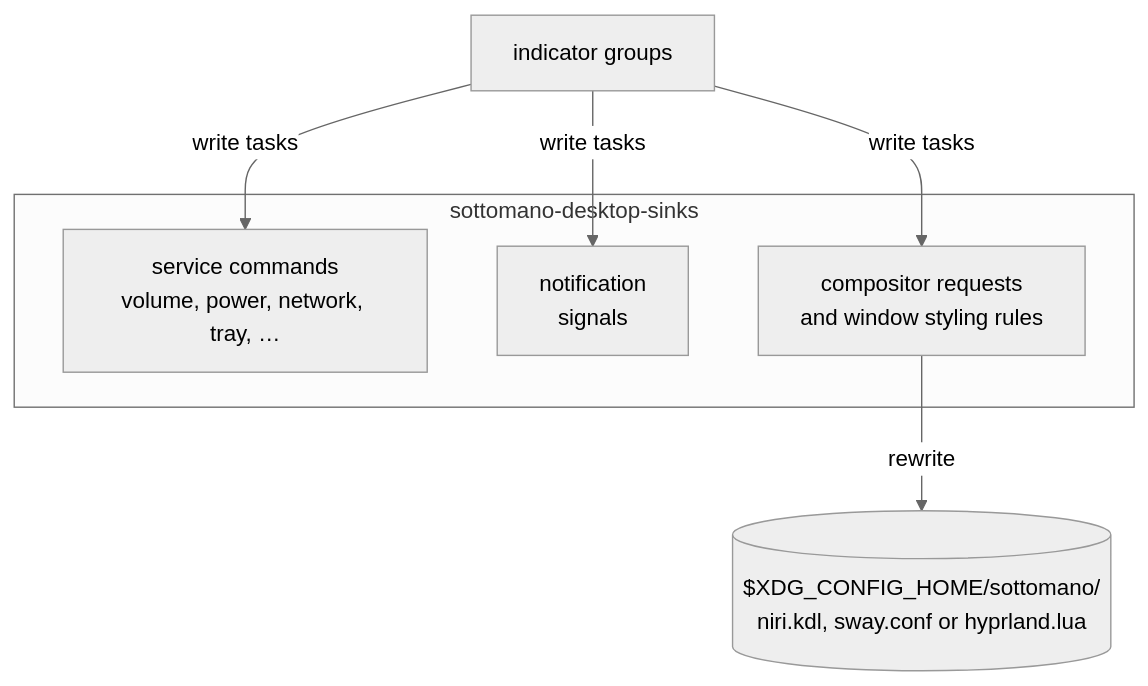
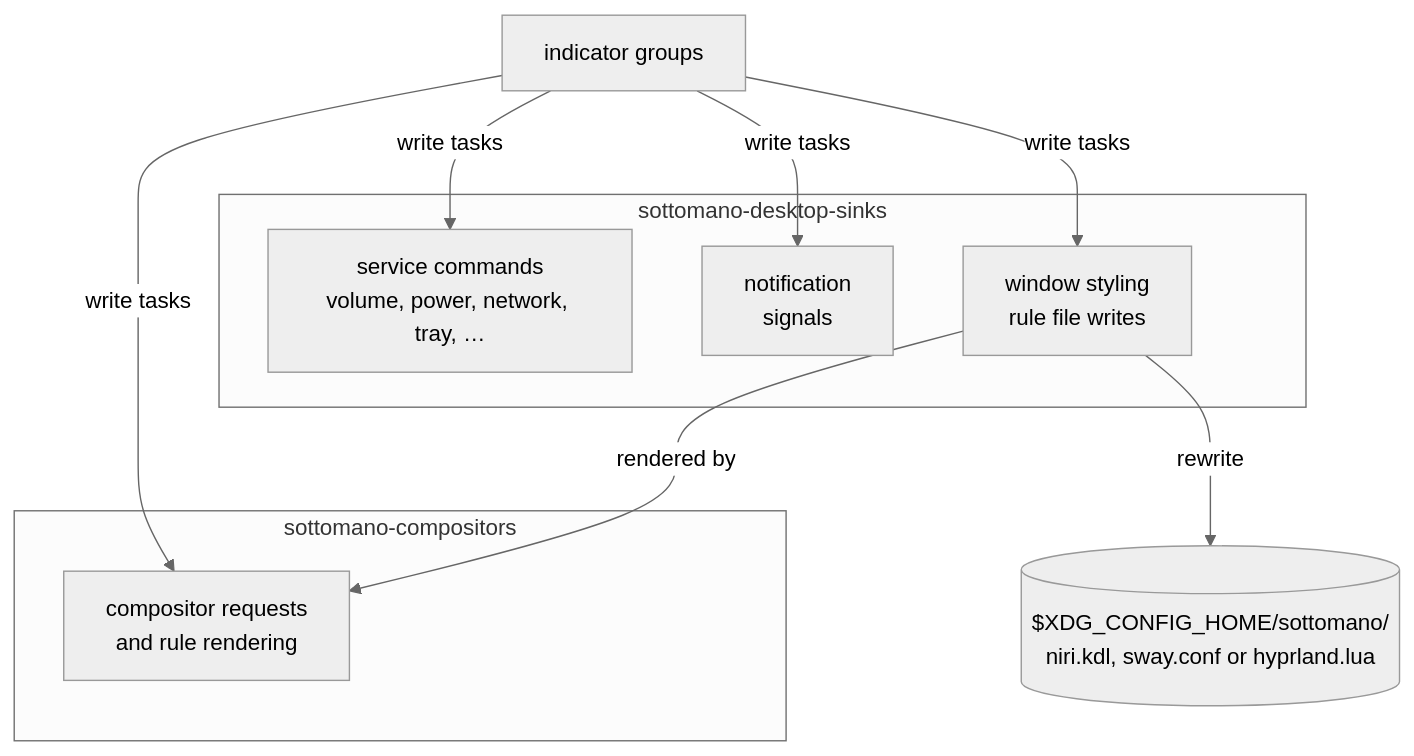
One commit to wvhulle/sottomano changed the fourth of 4 diagrams in docs/architecture.md. Above: the diagram before and after it, drawn with Mermaid (neutral theme). The commit also changed other lines of this file and 127 other files, not shown here.

First line of the commit message:
refactor: each compositor lives in its own crate behind a CompositorBackend trait

````diff
--- a/docs/architecture.md
+++ b/docs/architecture.md
@@ -121,15 +139,20 @@
 ```mermaid
 flowchart TB
   indicator_groups["indicator groups"]
 
   subgraph sinks_crate [sottomano-desktop-sinks]
     service_commands["service commands<br>volume, power, network, tray, …"]
     notification_signals["notification<br>signals"]
-    compositor_requests["compositor requests<br>and window styling rules"]
+    rules_file_writes["window styling<br>rule file writes"]
+  end
+
+  subgraph compositors_crate [sottomano-compositors]
+    compositor_requests["compositor requests<br>and rule rendering"]
   end
 
   compositor_rules_file[("$XDG_CONFIG_HOME/sottomano/<br>niri.kdl, sway.conf or hyprland.lua")]
 
-  indicator_groups -->|write tasks| service_commands & notification_signals & compositor_requests
-  compositor_requests -->|rewrite| compositor_rules_file
+  indicator_groups -->|write tasks| service_commands & notification_signals & rules_file_writes & compositor_requests
+  rules_file_writes -->|rendered by| compositor_requests
+  rules_file_writes -->|rewrite| compositor_rules_file
 ```
````
